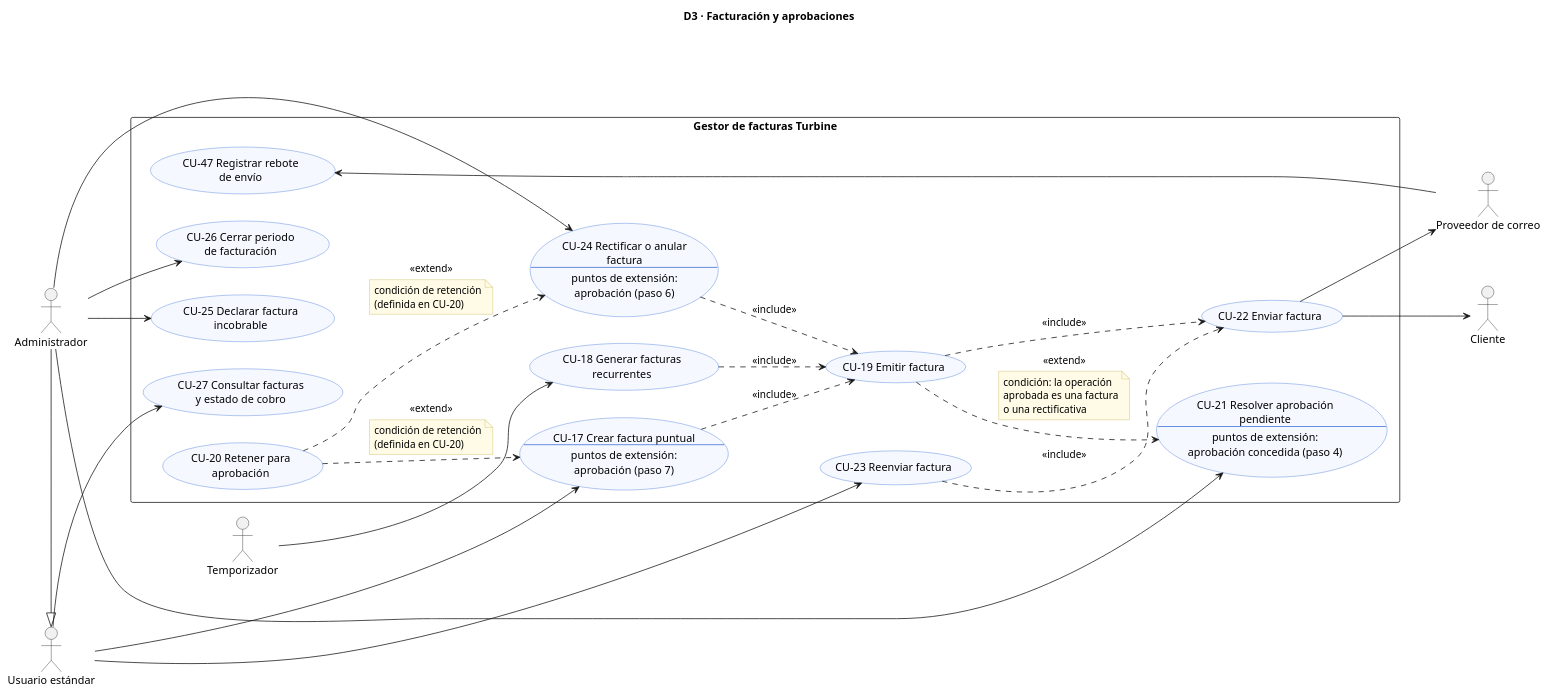
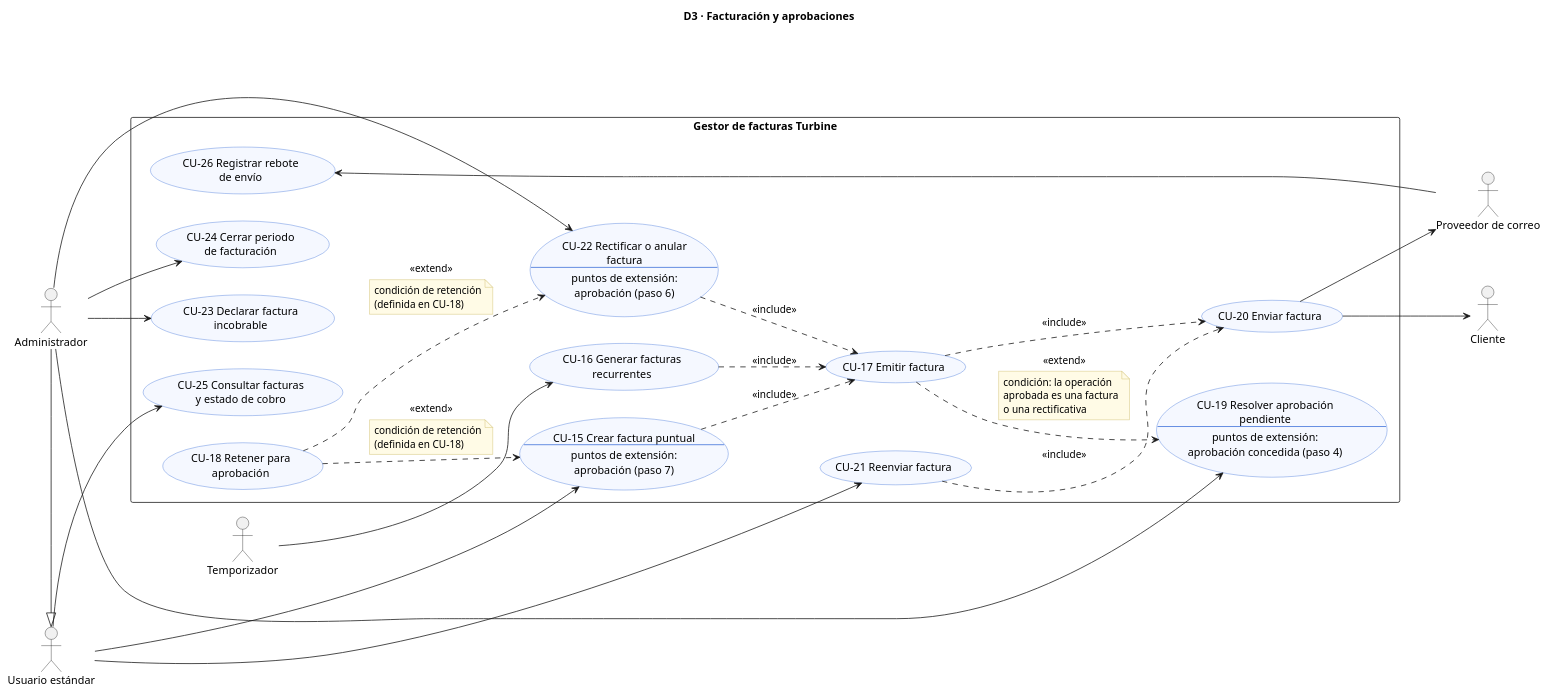
Before and after one commit to ItsYous3fBro/turbine_ADAP: the diagram in docs/Finales/PUML casos de uso/DiagramaCU_D3_Facturacion.puml, drawn with PlantUML. The commit also changed 11 other files, not shown here.

```diff
--- a/docs/Finales/PUML casos de uso/DiagramaCU_D3_Facturacion.puml
+++ b/docs/Finales/PUML casos de uso/DiagramaCU_D3_Facturacion.puml
@@ -1,78 +1,78 @@
 @startuml DiagramaCU_D3_Facturacion
 title D3 · Facturación y aprobaciones
 left to right direction
 skinparam shadowing false
 skinparam packageStyle rectangle
 skinparam usecase {
   BackgroundColor #F5F8FF
   BorderColor #3B6FD8
 }
 skinparam note {
   BackgroundColor #FFFBE6
   BorderColor #C9B458
 }
 actor "Usuario estándar" as US
 actor "Administrador" as AD
 actor "Temporizador" as TM
 actor "Cliente" as CL
 actor "Proveedor de correo" as PC
 AD -|> US
 
 rectangle "Gestor de facturas Turbine" {
-  usecase CU17 as "CU-17 Crear factura puntual
+  usecase CU15 as "CU-15 Crear factura puntual
 --
 puntos de extensión:
 aprobación (paso 7)"
-  usecase "CU-18 Generar facturas\nrecurrentes" as CU18
-  usecase CU24 as "CU-24 Rectificar o anular
+  usecase "CU-16 Generar facturas\nrecurrentes" as CU16
+  usecase CU22 as "CU-22 Rectificar o anular
 factura
 --
 puntos de extensión:
 aprobación (paso 6)"
-  usecase "CU-19 Emitir factura" as CU19
-  usecase "CU-20 Retener para\naprobación" as CU20
-  usecase CU21 as "CU-21 Resolver aprobación
+  usecase "CU-17 Emitir factura" as CU17
+  usecase "CU-18 Retener para\naprobación" as CU18
+  usecase CU19 as "CU-19 Resolver aprobación
 pendiente
 --
 puntos de extensión:
 aprobación concedida (paso 4)"
-  usecase "CU-22 Enviar factura" as CU22
-  usecase "CU-23 Reenviar factura" as CU23
-  usecase "CU-25 Declarar factura\nincobrable" as CU25
-  usecase "CU-26 Cerrar periodo\nde facturación" as CU26
-  usecase "CU-27 Consultar facturas\ny estado de cobro" as CU27
-  usecase "CU-47 Registrar rebote\nde envío" as CU47
+  usecase "CU-20 Enviar factura" as CU20
+  usecase "CU-21 Reenviar factura" as CU21
+  usecase "CU-23 Declarar factura\nincobrable" as CU23
+  usecase "CU-24 Cerrar periodo\nde facturación" as CU24
+  usecase "CU-25 Consultar facturas\ny estado de cobro" as CU25
+  usecase "CU-26 Registrar rebote\nde envío" as CU26
 }
-US --> CU17
-US --> CU23
-US --> CU27
-TM --> CU18
-AD --> CU21
+US --> CU15
+US --> CU21
+US --> CU25
+TM --> CU16
+AD --> CU19
+AD --> CU22
+AD --> CU23
 AD --> CU24
-AD --> CU25
-AD --> CU26
-PC --> CU47
-CU22 --> CL
-CU22 --> PC
-CU17 ..> CU19 : <<include>>
-CU18 ..> CU19 : <<include>>
-CU24 ..> CU19 : <<include>>
-CU19 ..> CU22 : <<include>>
-CU23 ..> CU22 : <<include>>
-CU20 ..> CU17 : <<extend>>
+PC --> CU26
+CU20 --> CL
+CU20 --> PC
+CU15 ..> CU17 : <<include>>
+CU16 ..> CU17 : <<include>>
+CU22 ..> CU17 : <<include>>
+CU17 ..> CU20 : <<include>>
+CU21 ..> CU20 : <<include>>
+CU18 ..> CU15 : <<extend>>
 note on link
   condición de retención
-  (definida en CU-20)
+  (definida en CU-18)
 end note
-CU20 ..> CU24 : <<extend>>
+CU18 ..> CU22 : <<extend>>
 note on link
   condición de retención
-  (definida en CU-20)
+  (definida en CU-18)
 end note
-CU19 ..> CU21 : <<extend>>
+CU17 ..> CU19 : <<extend>>
 note on link
   condición: la operación
   aprobada es una factura
   o una rectificativa
 end note
 @enduml
```
